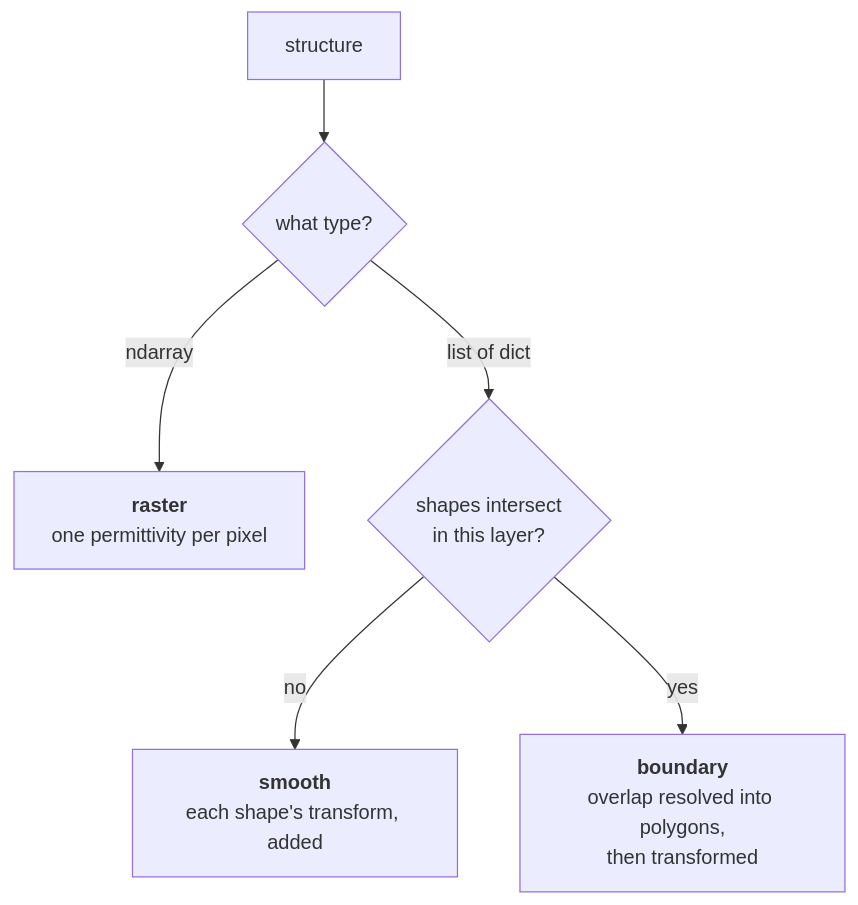
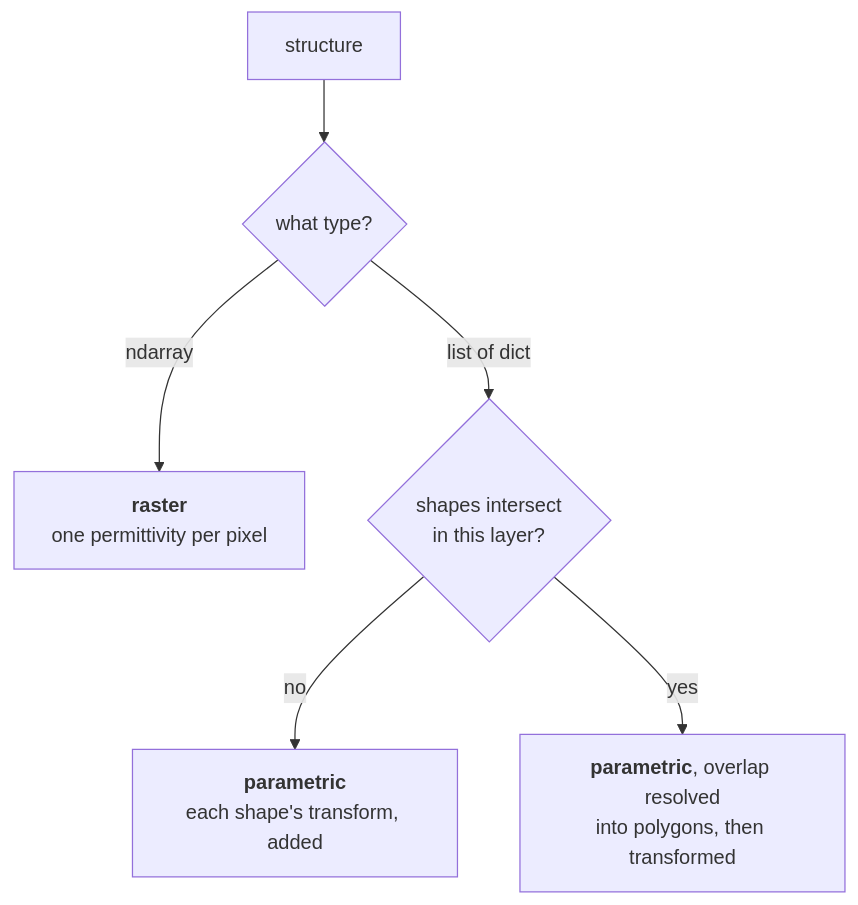
The diagram in docs/guide/scene.md (fieldalgo/wavebit), drawn with Mermaid before and after one commit. The commit also changed other lines of this file and 64 other files, not shown here.

````diff
--- a/docs/guide/scene.md
+++ b/docs/guide/scene.md
@@ -39,8 +39,8 @@
 ```mermaid
 flowchart TD
     S["structure"] --> T{"what type?"}
     T -->|ndarray| R["<b>raster</b><br/>one permittivity per pixel"]
     T -->|list of dict| A{"shapes intersect<br/>in this layer?"}
-    A -->|no| P["<b>smooth</b><br/>each shape's transform, added"]
-    A -->|yes| B["<b>boundary</b><br/>overlap resolved into polygons,<br/>then transformed"]
+    A -->|no| P["<b>parametric</b><br/>each shape's transform, added"]
+    A -->|yes| B["<b>parametric</b>, overlap resolved<br/>into polygons, then transformed"]
 ```
````
